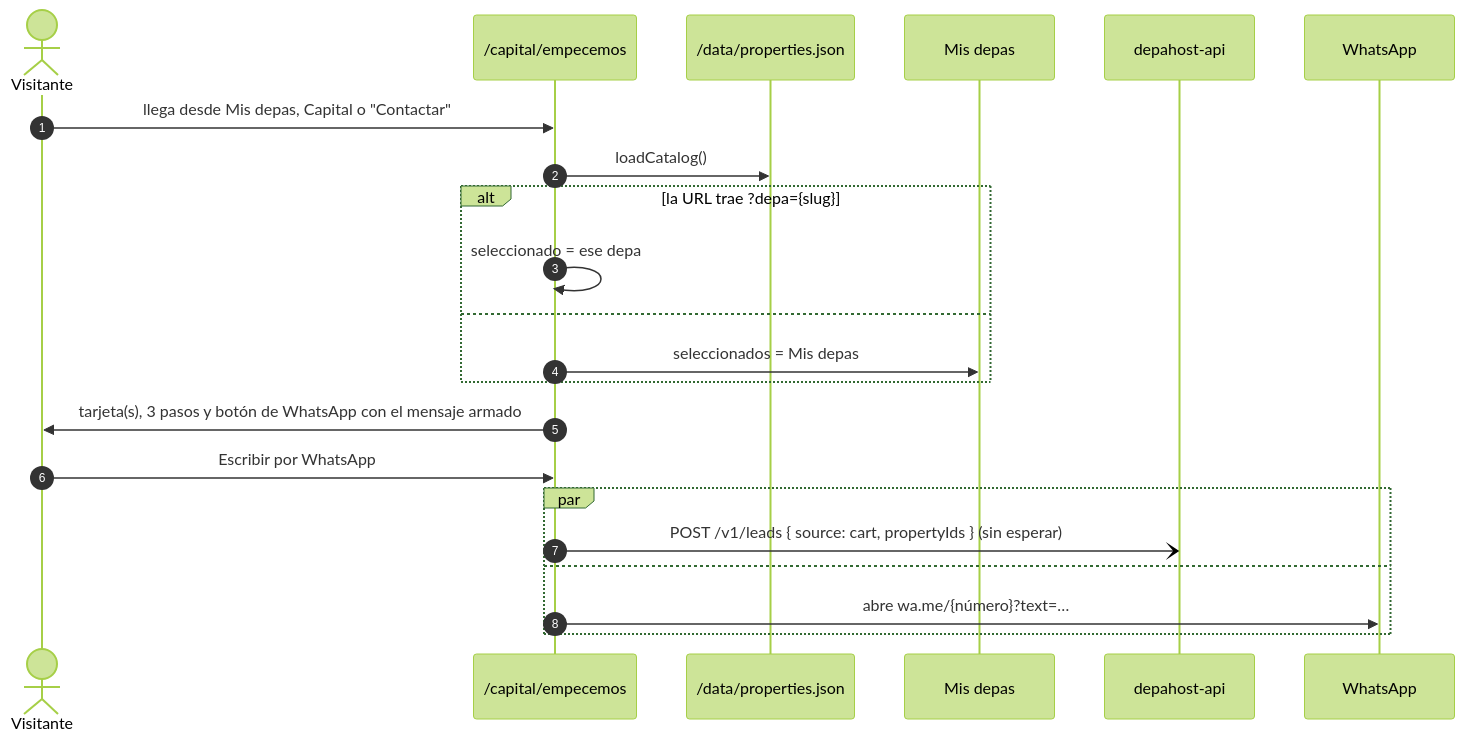
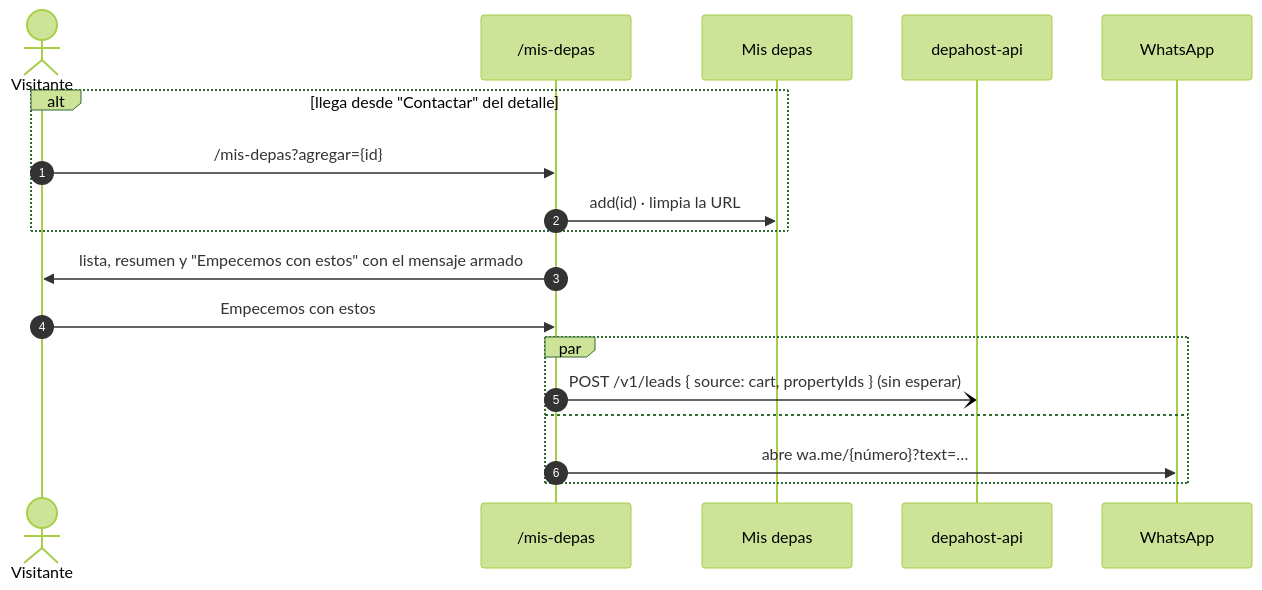
Before and after one commit to samirharrytl/DHC_landing: diagram 13 of 18 in docs/plataforma/05-flujos.md, drawn with Mermaid (forest theme). The commit also changed other lines of this file and 86 other files, not shown here.

````diff
--- a/docs/plataforma/05-flujos.md
+++ b/docs/plataforma/05-flujos.md
@@ -457,25 +458,21 @@
 ```mermaid
 sequenceDiagram
     autonumber
     actor V as Visitante
-    participant P as /capital/empecemos
-    participant CAT as /data/properties.json
+    participant P as /mis-depas
     participant ST as Mis depas
     participant API as depahost-api
     participant WA as WhatsApp
 
-    V->>P: llega desde Mis depas, Capital o "Contactar"
-    P->>CAT: loadCatalog()
-    alt la URL trae ?depa={slug}
-        P->>P: seleccionado = ese depa
-    else
-        P->>ST: seleccionados = Mis depas
+    alt llega desde "Contactar" del detalle
+        V->>P: /mis-depas?agregar={id}
+        P->>ST: add(id) · limpia la URL
     end
-    P->>V: tarjeta(s), 3 pasos y botón de WhatsApp con el mensaje armado
-    V->>P: Escribir por WhatsApp
+    P->>V: lista, resumen y "Empecemos con estos" con el mensaje armado
+    V->>P: Empecemos con estos
     par
         P-)API: POST /v1/leads { source: cart, propertyIds } (sin esperar)
     and
         P->>WA: abre wa.me/{número}?text=…
     end
 ```
````
